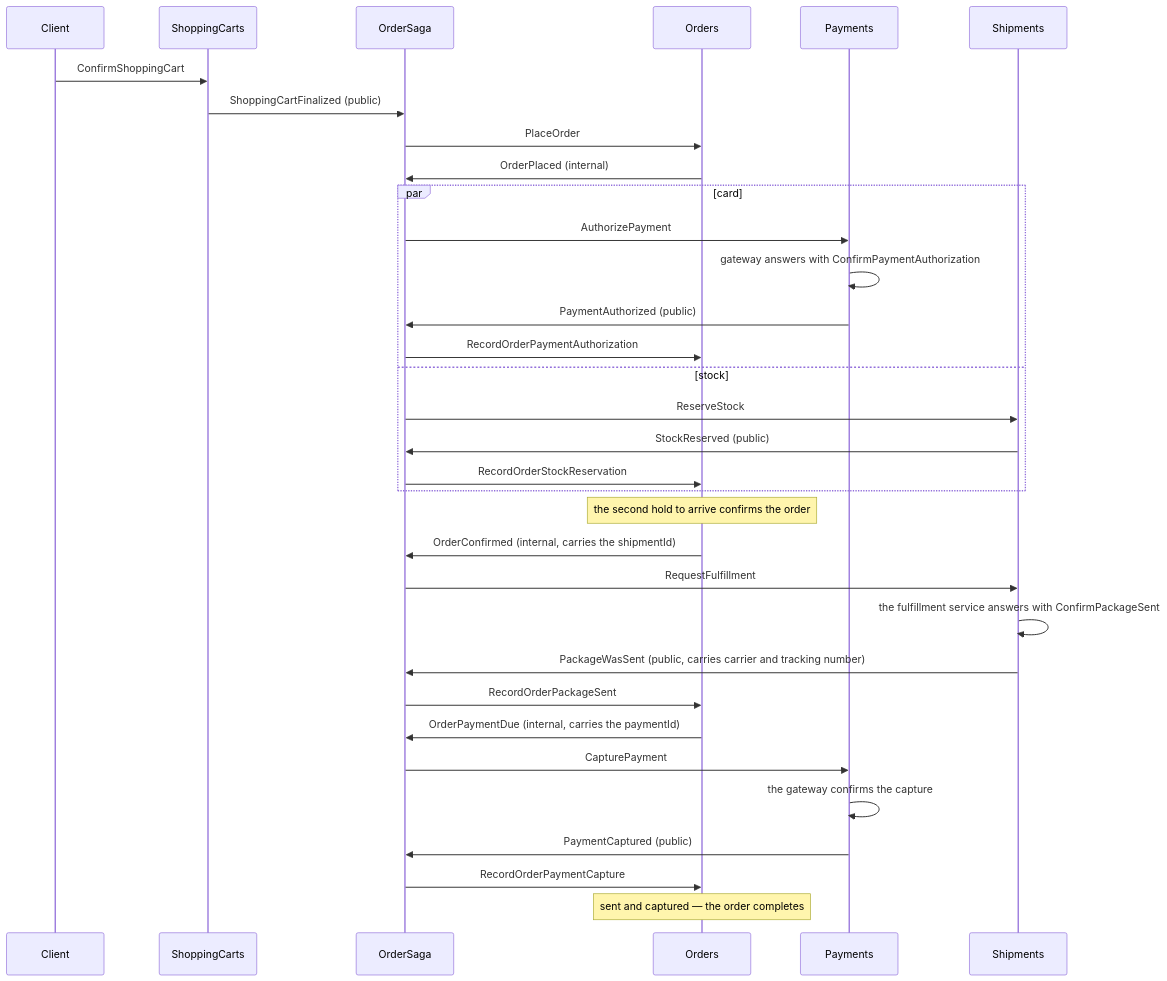
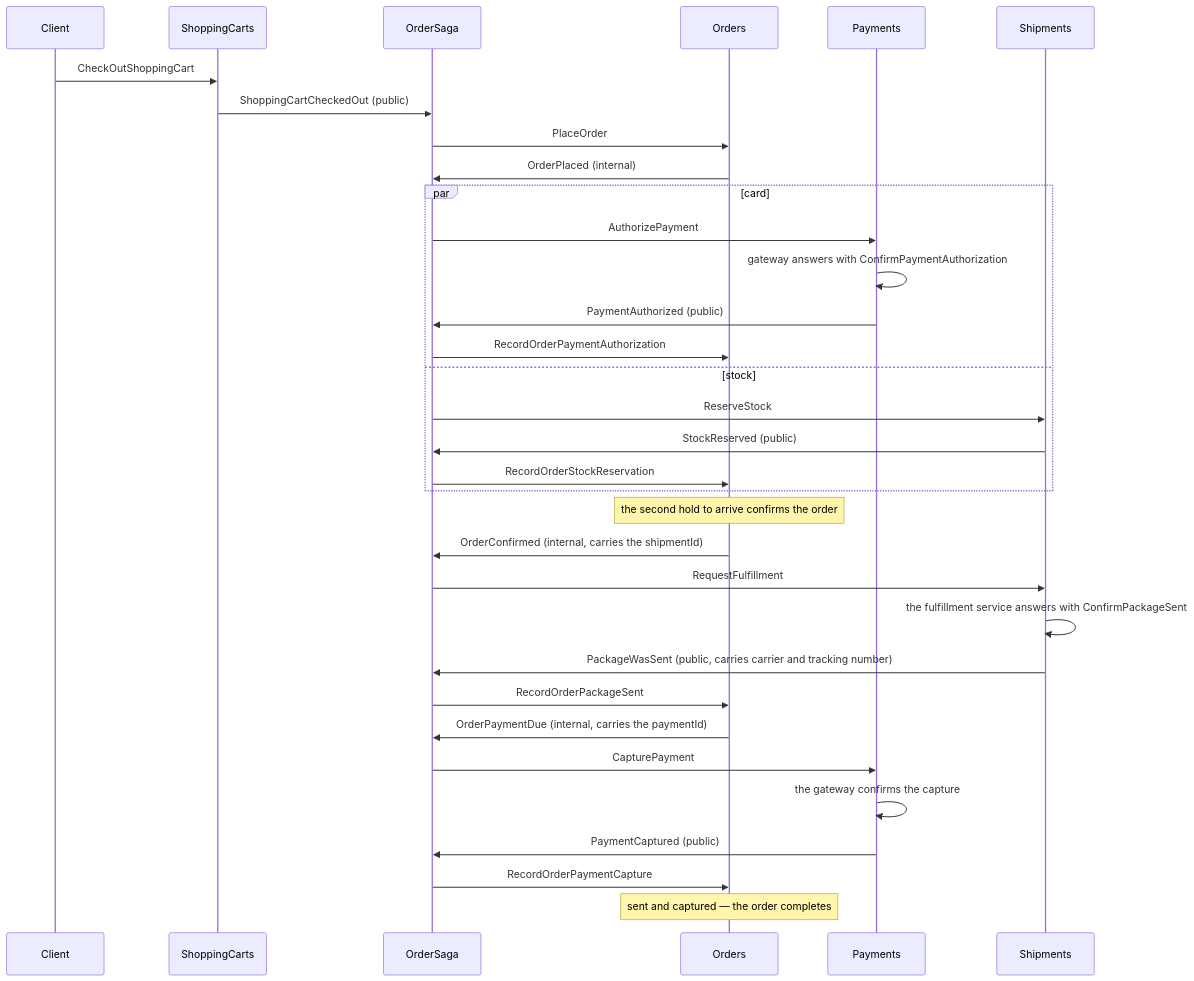
One commit to oskardudycz/EventSourcing.JVM changed the third of 4 diagrams in samples/distributed-processes/README.md. Above: the diagram before and after it, drawn with Mermaid. The commit also changed other lines of this file and 31 other files, not shown here.

Commit message:
Made shopping cart example be closer to the real world

````diff
--- a/samples/distributed-processes/README.md
+++ b/samples/distributed-processes/README.md
@@ -253,40 +259,40 @@
 ```mermaid
 sequenceDiagram
     participant Client
     participant Cart as ShoppingCarts
     participant Process as OrderSaga
     participant Order as Orders
     participant Pay as Payments
     participant Ship as Shipments
 
-    Client->>Cart: ConfirmShoppingCart
-    Cart->>Process: ShoppingCartFinalized (public)
+    Client->>Cart: CheckOutShoppingCart
+    Cart->>Process: ShoppingCartCheckedOut (public)
     Process->>Order: PlaceOrder
     Order->>Process: OrderPlaced (internal)
 
     par card
         Process->>Pay: AuthorizePayment
         Pay->>Pay: gateway answers with ConfirmPaymentAuthorization
         Pay->>Process: PaymentAuthorized (public)
         Process->>Order: RecordOrderPaymentAuthorization
     and stock
         Process->>Ship: ReserveStock
         Ship->>Process: StockReserved (public)
         Process->>Order: RecordOrderStockReservation
     end
 
     Note over Order: the second hold to arrive confirms the order
     Order->>Process: OrderConfirmed (internal, carries the shipmentId)
 
     Process->>Ship: RequestFulfillment
     Ship->>Ship: the fulfillment service answers with ConfirmPackageSent
     Ship->>Process: PackageWasSent (public, carries carrier and tracking number)
     Process->>Order: RecordOrderPackageSent
     Order->>Process: OrderPaymentDue (internal, carries the paymentId)
     Process->>Pay: CapturePayment
     Pay->>Pay: the gateway confirms the capture
     Pay->>Process: PaymentCaptured (public)
     Process->>Order: RecordOrderPaymentCapture
 
     Note over Order: sent and captured — the order completes
 ```
````
